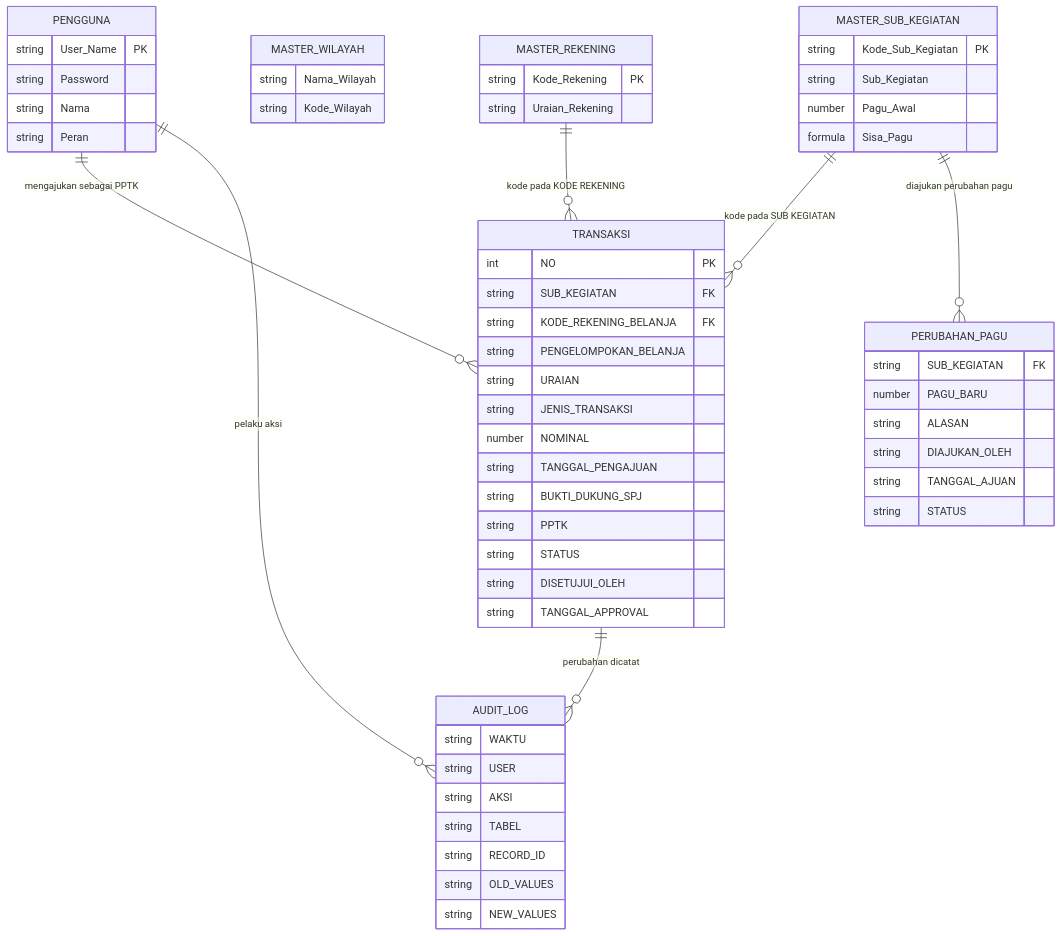
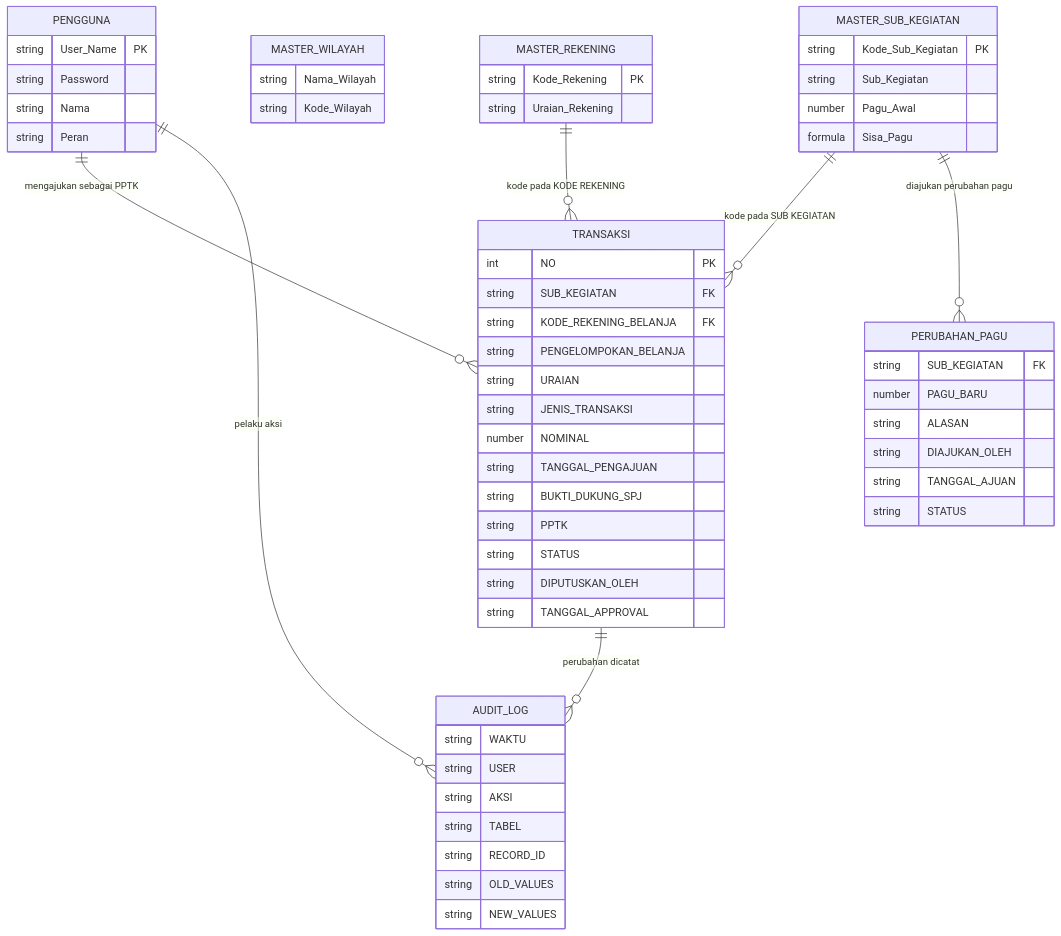
One commit to alexkelana/simkeu_streamlit changed the sixth of 12 diagrams in docs/RANGKUMAN_APLIKASI.md. Above: the diagram before and after it, drawn with Mermaid. The commit also changed other lines of this file and 4 other files, not shown here.

First line of the commit message:
Ganti nama kolom DISETUJUI_OLEH menjadi DIPUTUSKAN_OLEH

````diff
--- a/docs/RANGKUMAN_APLIKASI.md
+++ b/docs/RANGKUMAN_APLIKASI.md
@@ -398,62 +398,62 @@
 ```mermaid
 erDiagram
     PENGGUNA {
         string User_Name PK
         string Password
         string Nama
         string Peran
     }
     MASTER_WILAYAH {
         string Nama_Wilayah
         string Kode_Wilayah
     }
     MASTER_REKENING {
         string Kode_Rekening PK
         string Uraian_Rekening
     }
     MASTER_SUB_KEGIATAN {
         string Kode_Sub_Kegiatan PK
         string Sub_Kegiatan
         number Pagu_Awal
         formula Sisa_Pagu
     }
     TRANSAKSI {
         int NO PK
         string SUB_KEGIATAN FK
         string KODE_REKENING_BELANJA FK
         string PENGELOMPOKAN_BELANJA
         string URAIAN
         string JENIS_TRANSAKSI
         number NOMINAL
         string TANGGAL_PENGAJUAN
         string BUKTI_DUKUNG_SPJ
         string PPTK
         string STATUS
-        string DISETUJUI_OLEH
+        string DIPUTUSKAN_OLEH
         string TANGGAL_APPROVAL
     }
     PERUBAHAN_PAGU {
         string SUB_KEGIATAN FK
         number PAGU_BARU
         string ALASAN
         string DIAJUKAN_OLEH
         string TANGGAL_AJUAN
         string STATUS
     }
     AUDIT_LOG {
         string WAKTU
         string USER
         string AKSI
         string TABEL
         string RECORD_ID
         string OLD_VALUES
         string NEW_VALUES
     }
 
     PENGGUNA ||--o{ TRANSAKSI : "mengajukan sebagai PPTK"
     MASTER_SUB_KEGIATAN ||--o{ TRANSAKSI : "kode pada SUB KEGIATAN"
     MASTER_REKENING ||--o{ TRANSAKSI : "kode pada KODE REKENING"
     MASTER_SUB_KEGIATAN ||--o{ PERUBAHAN_PAGU : "diajukan perubahan pagu"
     TRANSAKSI ||--o{ AUDIT_LOG : "perubahan dicatat"
     PENGGUNA ||--o{ AUDIT_LOG : "pelaku aksi"
 ```
````
